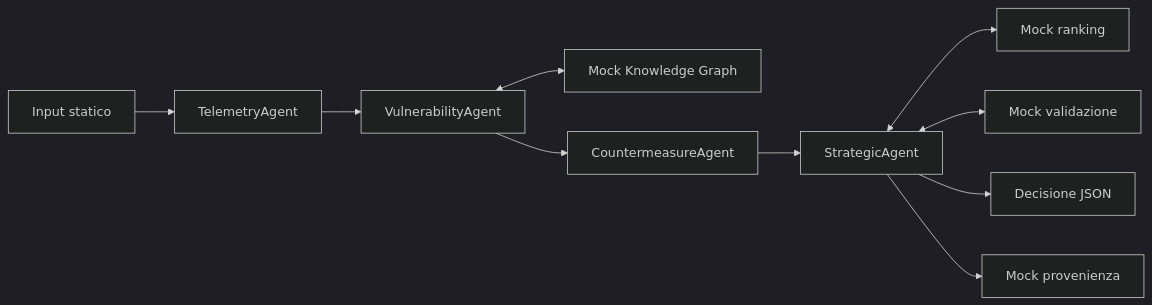
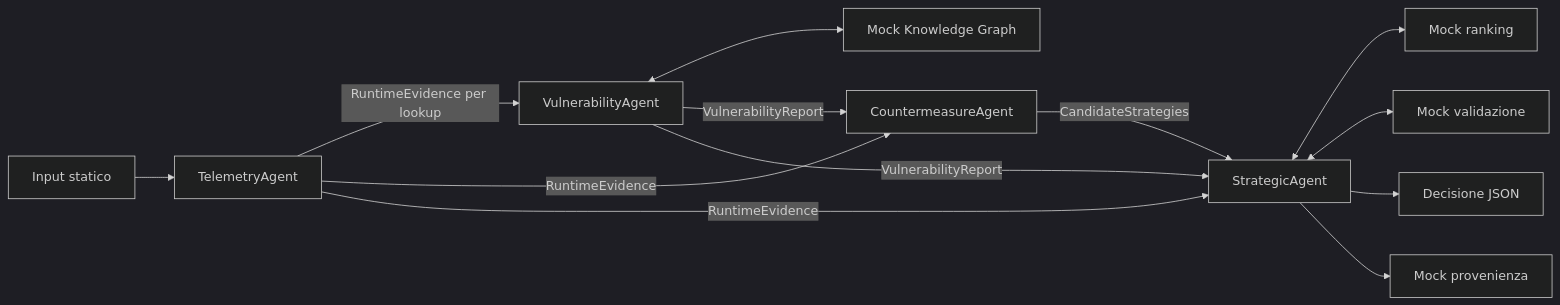
One commit to Reucalions/tesi changed the diagram in README.md. Above: the diagram before and after it, drawn with Mermaid (dark theme). The commit also changed other lines of this file and 9 other files, not shown here.

````diff
--- a/README.md
+++ b/README.md
@@ -5,12 +5,15 @@
 ```mermaid
 flowchart LR
     I[Input statico] --> T[TelemetryAgent]
-    T --> V[VulnerabilityAgent]
+    T -->|RuntimeEvidence per lookup| V[VulnerabilityAgent]
     V <--> K[Mock Knowledge Graph]
-    V --> C[CountermeasureAgent]
-    C --> S[StrategicAgent]
+    T -->|RuntimeEvidence| C[CountermeasureAgent]
+    V -->|VulnerabilityReport| C
+    T -->|RuntimeEvidence| S[StrategicAgent]
+    V -->|VulnerabilityReport| S
+    C -->|CandidateStrategies| S
     S <--> R[Mock ranking]
     S <--> M[Mock validazione]
     S --> D[Decisione JSON]
     S --> P[Mock provenienza]
 ```
````
